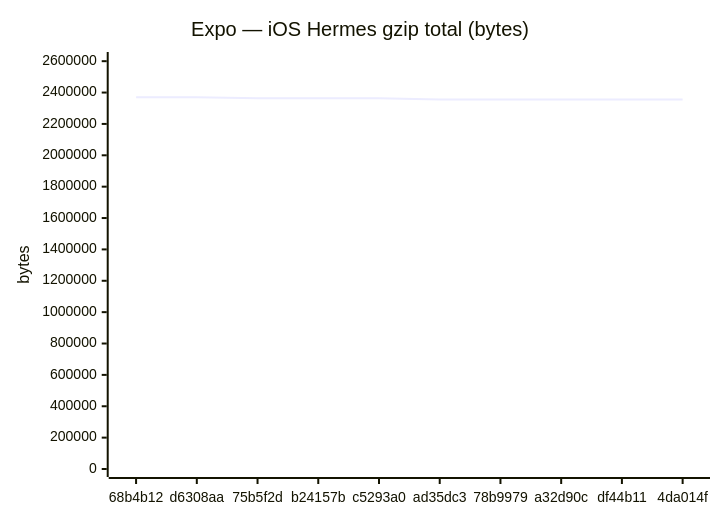
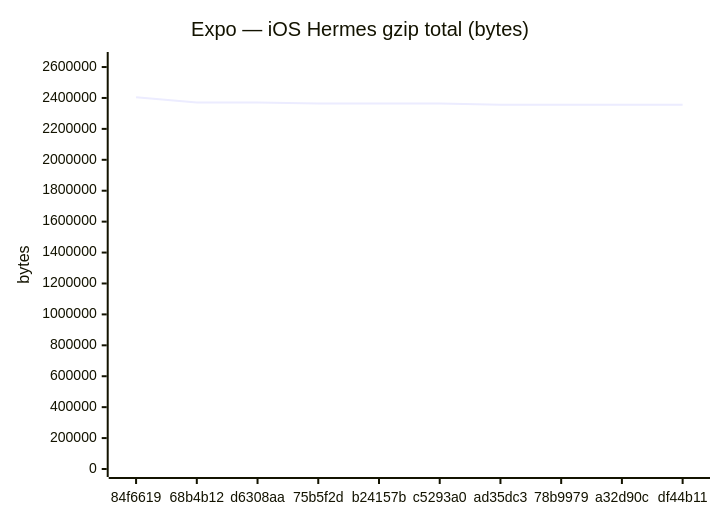
Before and after one commit to Metaheurist/Rianell: the sixth of 18 diagrams in benchmarks/compare.md, drawn with Mermaid. The commit also changed other lines of this file and 12 other files, not shown here.

````diff
--- a/benchmarks/compare.md
+++ b/benchmarks/compare.md
@@ -123,7 +96,7 @@
 ```mermaid
 xychart-beta
     title "Expo — iOS Hermes gzip total (bytes)"
-    x-axis ["68b4b12", "d6308aa", "75b5f2d", "b24157b", "c5293a0", "ad35dc3", "78b9979", "a32d90c", "df44b11", "4da014f"]
-    y-axis "bytes" 0 --> 2607543
-    line [2370491, 2370493, 2363429, 2363431, 2363430, 2356086, 2356086, 2356058, 2356058, 2356060]
+    x-axis ["84f6619", "68b4b12", "d6308aa", "75b5f2d", "b24157b", "c5293a0", "ad35dc3", "78b9979", "a32d90c", "df44b11"]
+    y-axis "bytes" 0 --> 2645527
+    line [2405024, 2370491, 2370493, 2363429, 2363431, 2363430, 2356086, 2356086, 2356058, 2356058]
 ```
````
